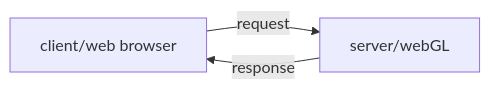
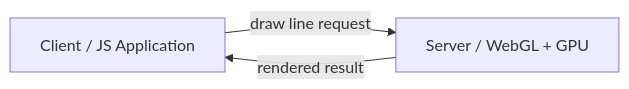
The seventh of 8 diagrams in graphics-computing/6plus/day_08.md (sininen-blue/2526-first-sem), drawn with Mermaid before and after one commit. The commit also changed other lines of this file, not shown here.

Commit message:
graph 8: done done

````diff
--- a/graphics-computing/6plus/day_08.md
+++ b/graphics-computing/6plus/day_08.md
@@ -277,6 +323,7 @@
 ```mermaid
 graph LR;
-a[client/web browser]
-b[server/webGL]
-a --request--> b --response--> a
+a[Client / JS Application]
+b[Server / WebGL + GPU]
+a --"draw line request"--> b
+b --"rendered result"--> a
 ```
````
